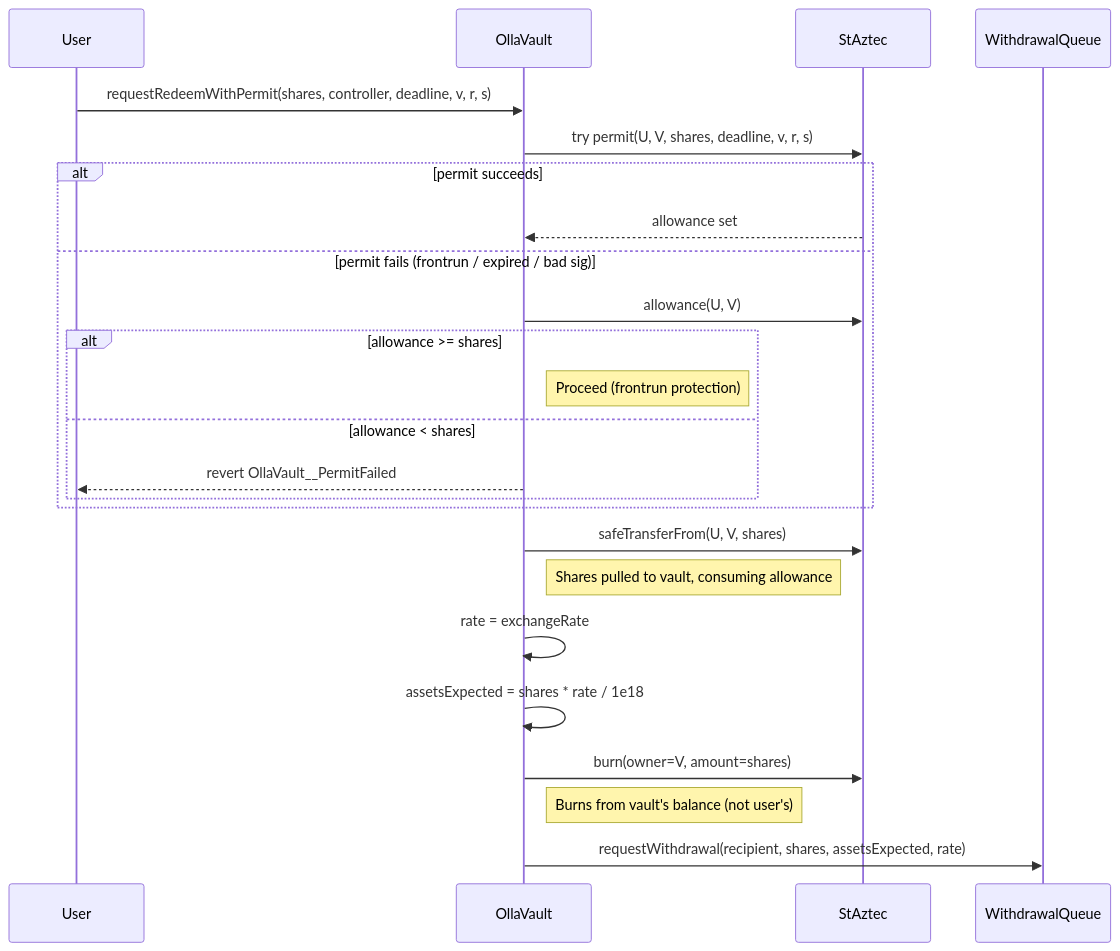
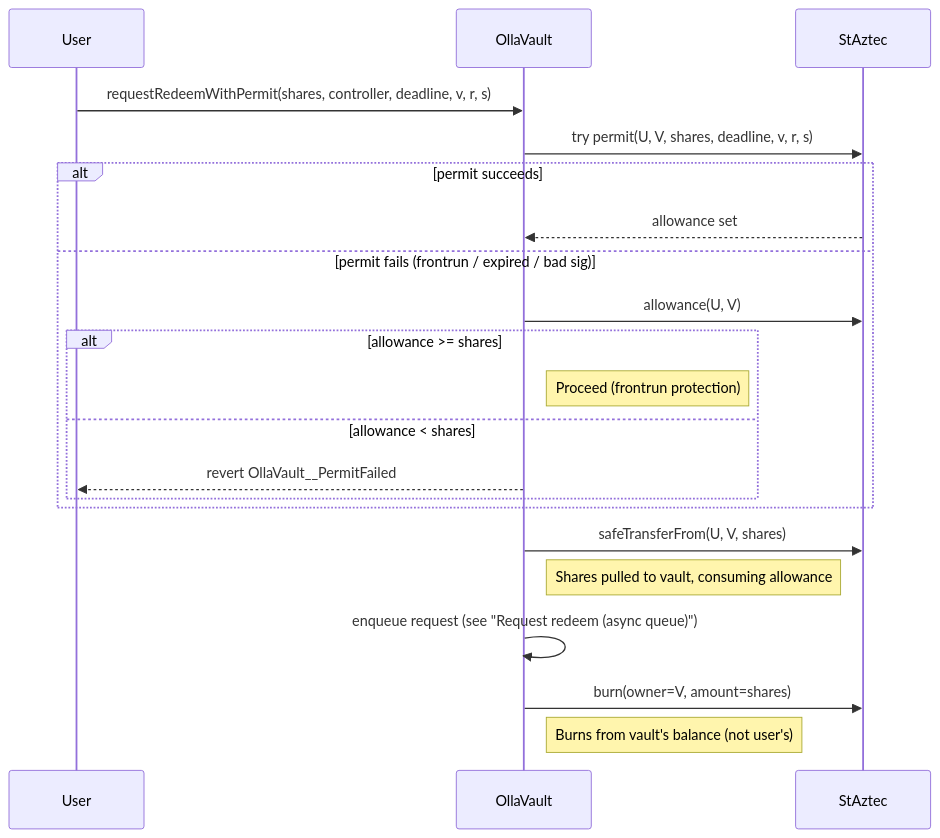
Before and after one commit to ollafinance/core: the fourth of 4 diagrams in docs/architecture/user-actions.md, drawn with Mermaid. The commit also changed other lines of this file and 180 other files, not shown here.

````diff
--- a/docs/architecture/user-actions.md
+++ b/docs/architecture/user-actions.md
@@ -91,27 +100,24 @@
 ```mermaid
 sequenceDiagram
     participant U as User
     participant V as OllaVault
     participant ST as StAztec
-    participant WQ as WithdrawalQueue
 
     U->>V: requestRedeemWithPermit(shares, controller, deadline, v, r, s)
     V->>ST: try permit(U, V, shares, deadline, v, r, s)
     alt permit succeeds
         ST-->>V: allowance set
     else permit fails (frontrun / expired / bad sig)
         V->>ST: allowance(U, V)
         alt allowance >= shares
             Note right of V: Proceed (frontrun protection)
         else allowance < shares
             V-->>U: revert OllaVault__PermitFailed
         end
     end
     V->>ST: safeTransferFrom(U, V, shares)
     Note right of V: Shares pulled to vault, consuming allowance
-    V->>V: rate = exchangeRate
-    V->>V: assetsExpected = shares * rate / 1e18
+    V->>V: enqueue request (see "Request redeem (async queue)")
     V->>ST: burn(owner=V, amount=shares)
     Note right of V: Burns from vault's balance (not user's)
-    V->>WQ: requestWithdrawal(recipient, shares, assetsExpected, rate)
 ```
````
